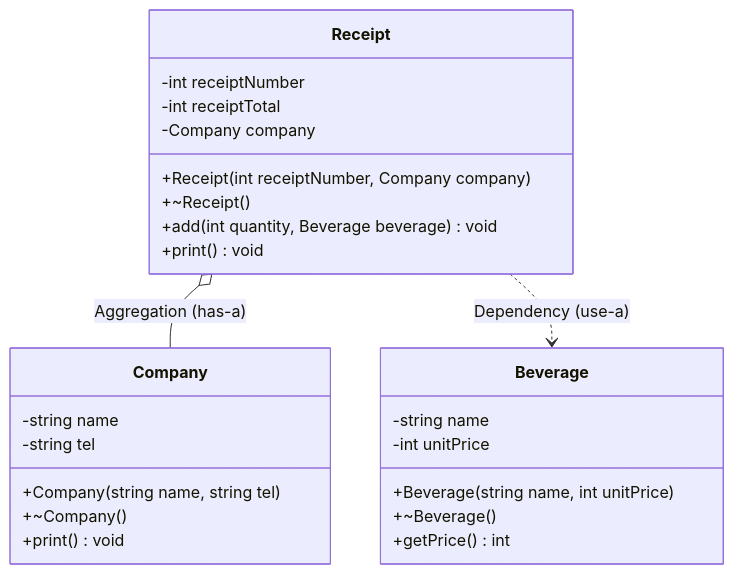
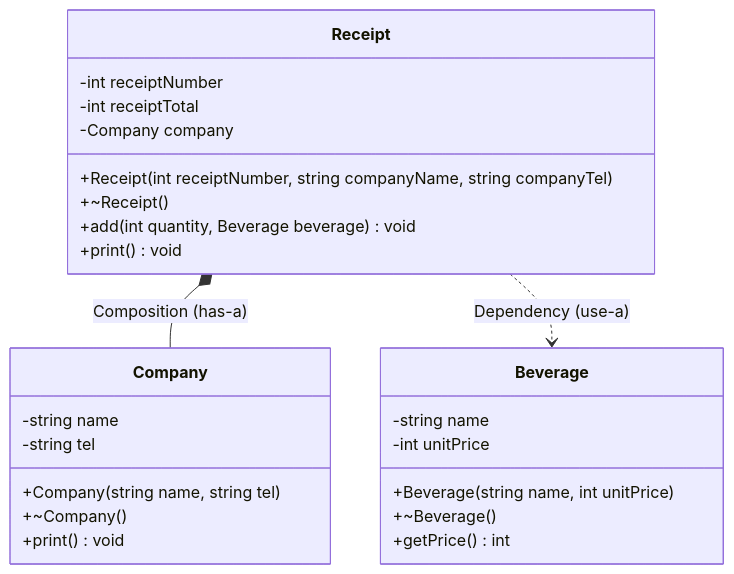
The diagram in project/week02/README.md (Dragon-0124/2026Cpp02), drawn with Mermaid before and after one commit. The commit also changed other lines of this file and 4 other files, not shown here.

Commit message:
week02 Receipt(Composition)

````diff
--- a/project/week02/README.md
+++ b/project/week02/README.md
@@ -4,31 +4,31 @@
 ```mermaid
 classDiagram
-    Receipt o-- Company : Aggregation (has-a)
+    Receipt *-- Company : Composition (has-a)
     Receipt ..> Beverage : Dependency (use-a)
 
     class Company {
         -string name
         -string tel
         +Company(string name, string tel)
         +~Company()
         +print() void
     }
 
     class Beverage {
         -string name
         -int unitPrice
         +Beverage(string name, int unitPrice)
         +~Beverage()
         +getPrice() int
     }
-
-    class Receipt { 
+    
+    class Receipt {
         -int receiptNumber
         -int receiptTotal
         -Company company
-        +Receipt(int receiptNumber, Company company)
+        +Receipt(int receiptNumber, string companyName, string companyTel)
         +~Receipt()
         +add(int quantity, Beverage beverage) void
         +print() void
     }
 ```
````
